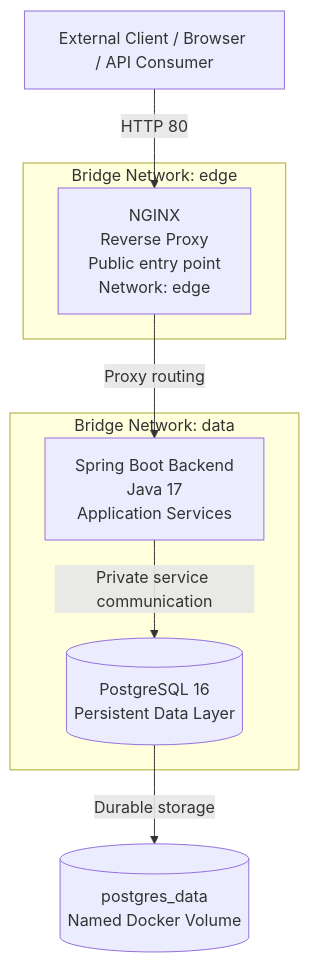
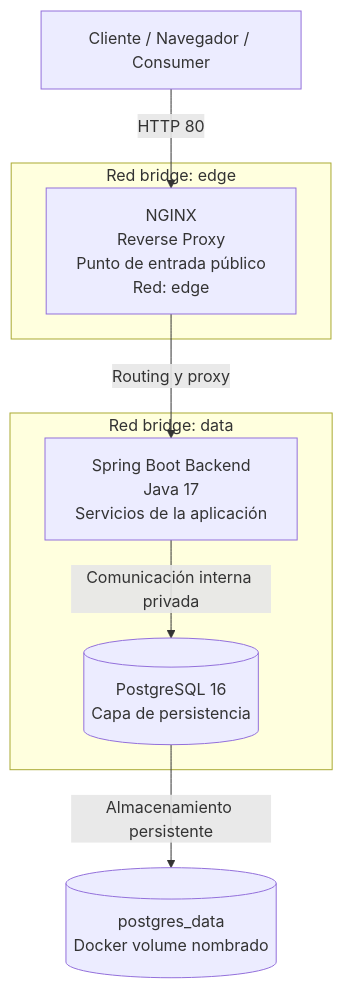
One commit to oskar-ortiz/ecoair-docker-backend changed the diagram in README.md. Above: the diagram before and after it, drawn with Mermaid. The commit also changed other lines of this file, not shown here.

Commit message:
docs: standardize repository documentation to Spanish enterprise standard and remove redundant diagrams

````diff
--- a/README.md
+++ b/README.md
@@ -13,25 +12,18 @@
 ```mermaid
 flowchart TD
-    Client[External Client / Browser / API Consumer] -->|HTTP 80| Nginx[NGINX
-Reverse Proxy
-Public entry point
-Network: edge]
+    Cliente[Cliente / Navegador / Consumer] -->|HTTP 80| Nginx[NGINX<br/>Reverse Proxy<br/>Punto de entrada público<br/>Red: edge]
 
-    subgraph Edge[Bridge Network: edge]
+    subgraph Edge[Red bridge: edge]
         Nginx
     end
 
-    Nginx -->|Proxy routing| Backend[Spring Boot Backend
-Java 17
-Application Services]
+    Nginx -->|Routing y proxy| Backend[Spring Boot Backend<br/>Java 17<br/>Servicios de la aplicación]
 
-    subgraph Data[Bridge Network: data]
+    subgraph Data[Red bridge: data]
         Backend
-        Postgres[(PostgreSQL 16
-Persistent Data Layer)]
+        Postgres[(PostgreSQL 16<br/>Capa de persistencia)]
     end
 
-    Backend -->|Private service communication| Postgres
-    Postgres -->|Durable storage| Volume[(postgres_data
-Named Docker Volume)]
+    Backend -->|Comunicación interna privada| Postgres
+    Postgres -->|Almacenamiento persistente| Volume[(postgres_data<br/>Docker volume nombrado)]
 ```
````
